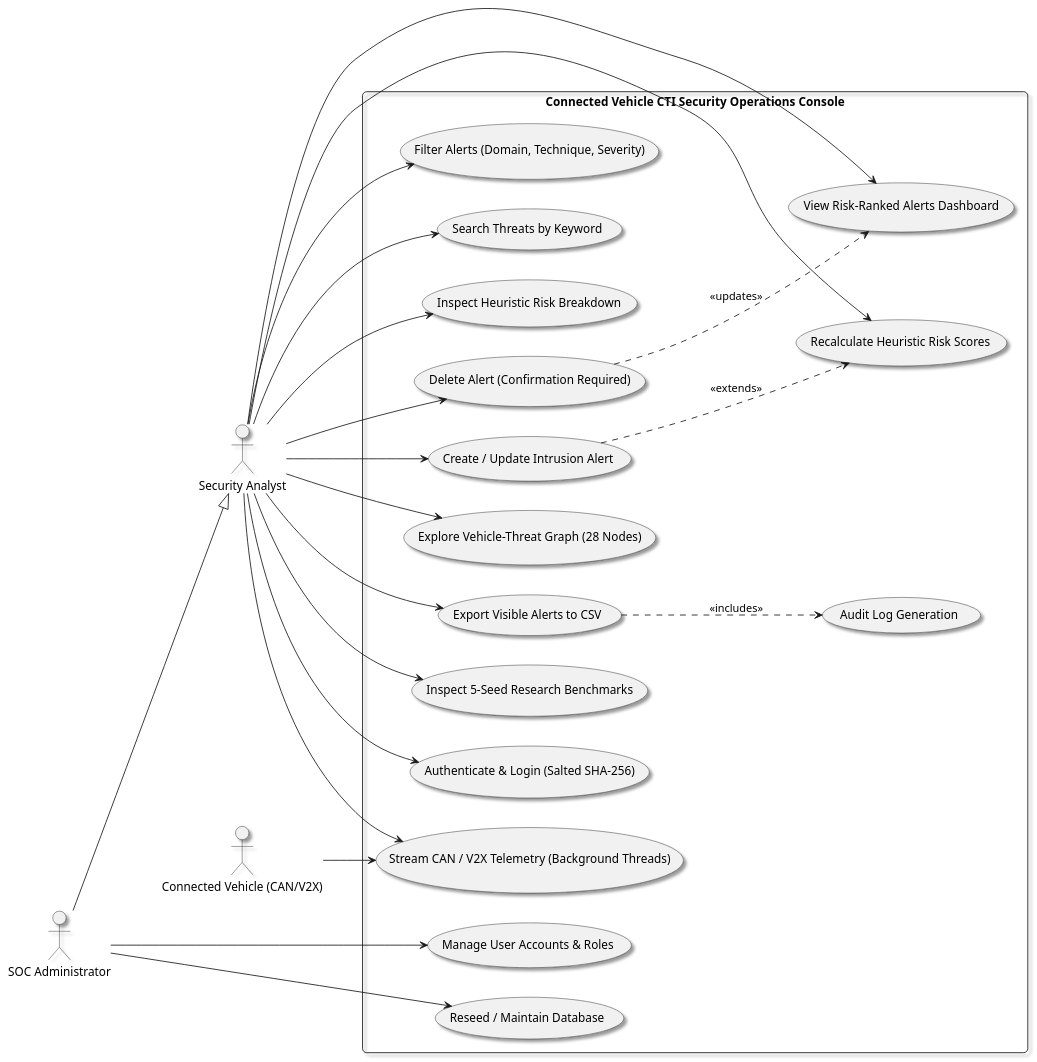
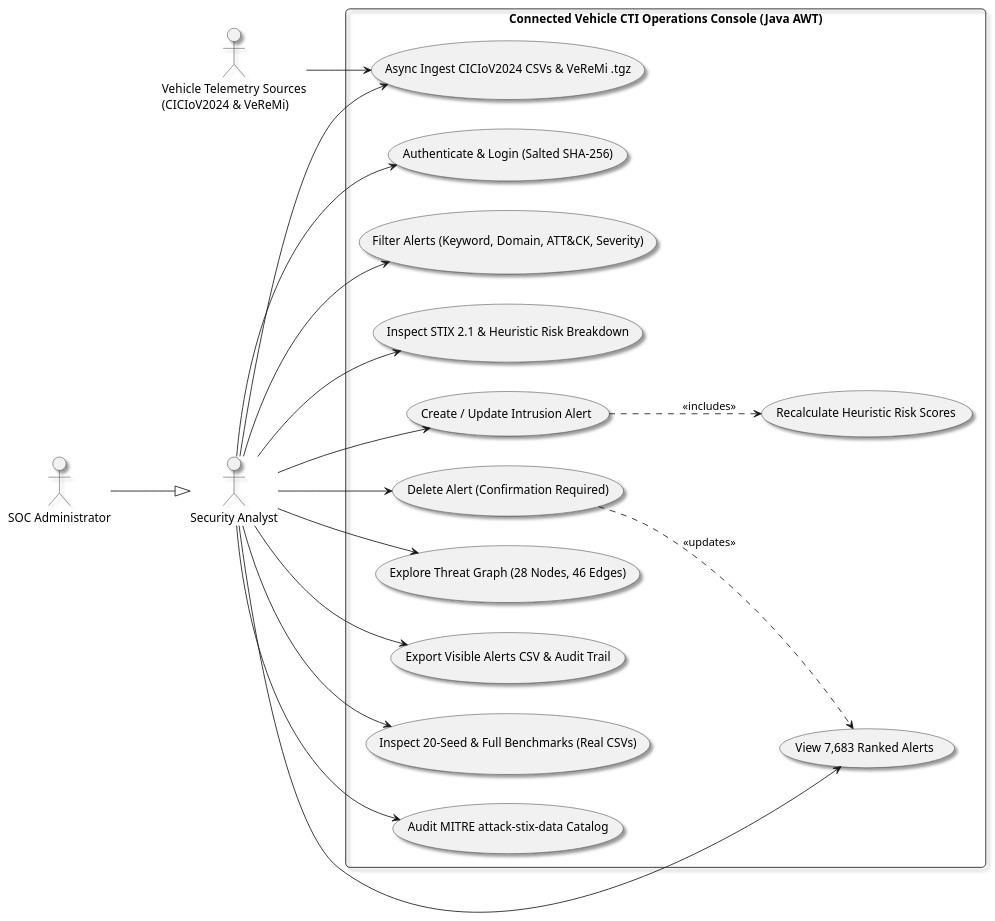
The diagram in Documentation/uml_use_case_diagram.puml (YUVRAJ-SINGH-3178/CTI-INT), drawn with PlantUML before and after one commit. The commit also changed other lines of this file and 50 other files, not shown here.

Commit message:
Update Report DOCX, PPTX presentation, 20-run verification, live AWT screenshots, UML diagrams, docs, and verified Dataset results

```diff
--- a/Documentation/uml_use_case_diagram.puml
+++ b/Documentation/uml_use_case_diagram.puml
@@ -1,52 +1,44 @@
 @startuml
 left to right direction
 skinparam packageStyle rectangle
 skinparam roundcorner 10
 skinparam shadowing true
 
 actor "Security Analyst" as Analyst
 actor "SOC Administrator" as Admin
-actor "Connected Vehicle (CAN/V2X)" as Vehicle
+actor "Vehicle Telemetry Sources\n(CICIoV2024 & VeReMi)" as Telemetry
 
-rectangle "Connected Vehicle CTI Security Operations Console" {
+rectangle "Connected Vehicle CTI Operations Console (Java AWT)" {
     usecase "Authenticate & Login (Salted SHA-256)" as UC_Login
-    usecase "View Risk-Ranked Alerts Dashboard" as UC_ViewAlerts
-    usecase "Filter Alerts (Domain, Technique, Severity)" as UC_Filter
-    usecase "Search Threats by Keyword" as UC_Search
-    usecase "Inspect Heuristic Risk Breakdown" as UC_Detail
+    usecase "View 7,683 Ranked Alerts" as UC_ViewAlerts
+    usecase "Filter Alerts (Keyword, Domain, ATT&CK, Severity)" as UC_Filter
+    usecase "Inspect STIX 2.1 & Heuristic Risk Breakdown" as UC_Detail
     usecase "Create / Update Intrusion Alert" as UC_AlertCRUD
     usecase "Delete Alert (Confirmation Required)" as UC_DeleteAlert
-    usecase "Explore Vehicle-Threat Graph (28 Nodes)" as UC_Graph
-    usecase "Stream CAN / V2X Telemetry (Background Threads)" as UC_Telemetry
+    usecase "Explore Threat Graph (28 Nodes, 46 Edges)" as UC_Graph
+    usecase "Async Ingest CICIoV2024 CSVs & VeReMi .tgz" as UC_Telemetry
     usecase "Recalculate Heuristic Risk Scores" as UC_RecalcRisk
-    usecase "Export Visible Alerts to CSV" as UC_ExportCSV
-    usecase "Audit Log Generation" as UC_Audit
-    usecase "Manage User Accounts & Roles" as UC_ManageUsers
-    usecase "Inspect 5-Seed Research Benchmarks" as UC_Benchmarks
-    usecase "Reseed / Maintain Database" as UC_Reseed
+    usecase "Export Visible Alerts CSV & Audit Trail" as UC_ExportCSV
+    usecase "Inspect 20-Seed & Full Benchmarks (Real CSVs)" as UC_Benchmarks
+    usecase "Audit MITRE attack-stix-data Catalog" as UC_Stix
 }
 
 Analyst --> UC_Login
 Analyst --> UC_ViewAlerts
 Analyst --> UC_Filter
-Analyst --> UC_Search
 Analyst --> UC_Detail
 Analyst --> UC_AlertCRUD
 Analyst --> UC_DeleteAlert
 Analyst --> UC_Graph
 Analyst --> UC_Telemetry
-Analyst --> UC_RecalcRisk
 Analyst --> UC_ExportCSV
 Analyst --> UC_Benchmarks
+Analyst --> UC_Stix
 
 Admin --|> Analyst
-Admin --> UC_ManageUsers
-Admin --> UC_Reseed
+Telemetry --> UC_Telemetry
 
-Vehicle --> UC_Telemetry
-
-UC_ExportCSV ..> UC_Audit : <<includes>>
-UC_AlertCRUD ..> UC_RecalcRisk : <<extends>>
+UC_AlertCRUD ..> UC_RecalcRisk : <<includes>>
 UC_DeleteAlert ..> UC_ViewAlerts : <<updates>>
 
 @enduml
```
